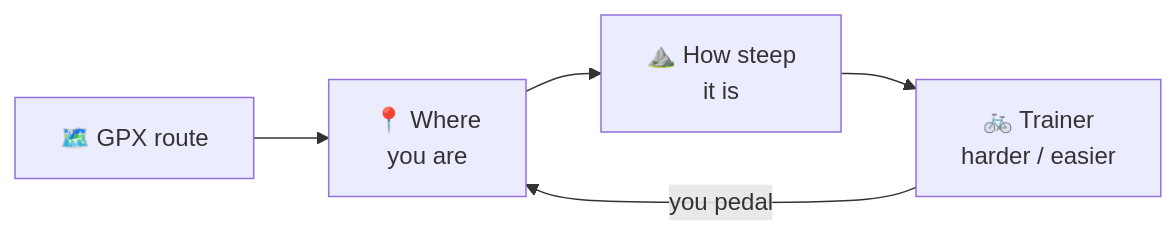
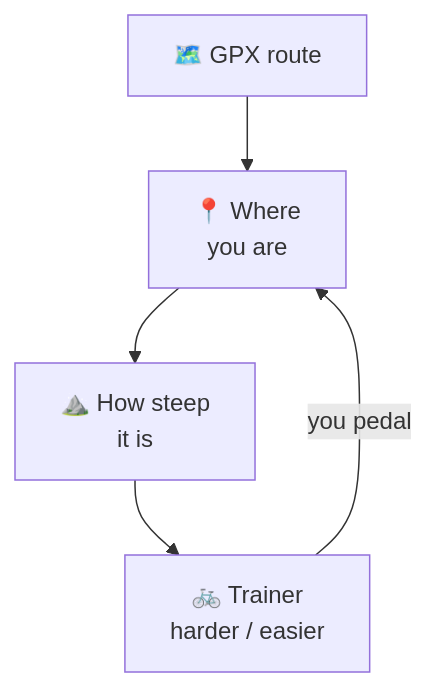
One commit to pjoachims/orbeat changed the second of 2 diagrams in README.md. Above: the diagram before and after it, drawn with Mermaid.

Commit message:
README: route diagram top-down

````diff
--- a/README.md
+++ b/README.md
@@ -46,7 +46,7 @@
 ```mermaid
-flowchart LR
+flowchart TB
     GPX["🗺️ GPX route"] --> WHERE["📍 Where<br/>you are"]
     WHERE --> HILL["⛰️ How steep<br/>it is"]
     HILL --> BIKE["🚲 Trainer<br/>harder / easier"]
     BIKE -- "you pedal" --> WHERE
 ```
````
